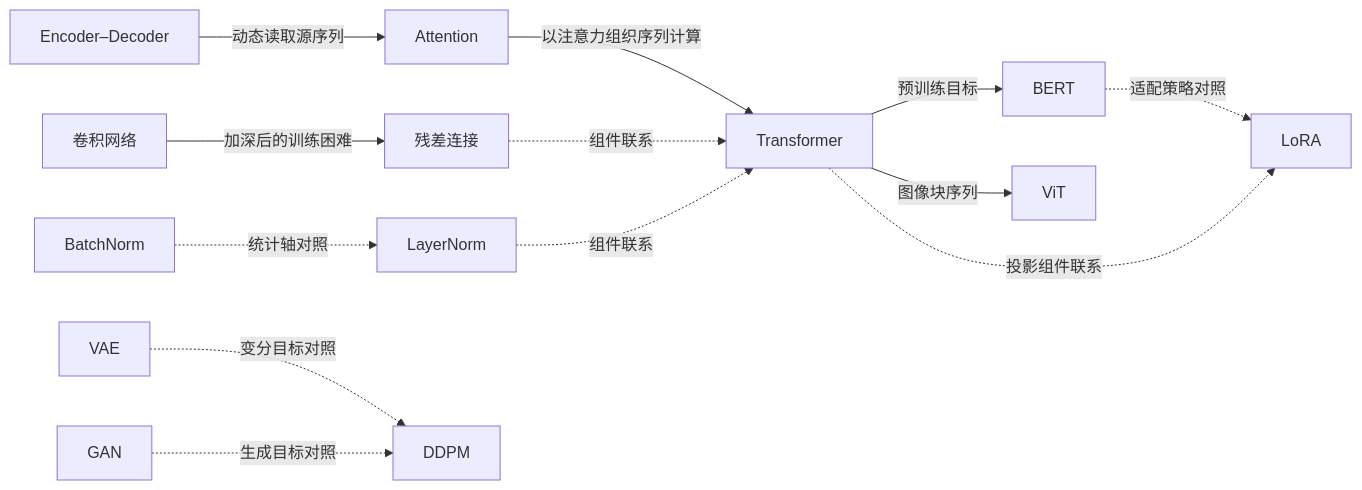
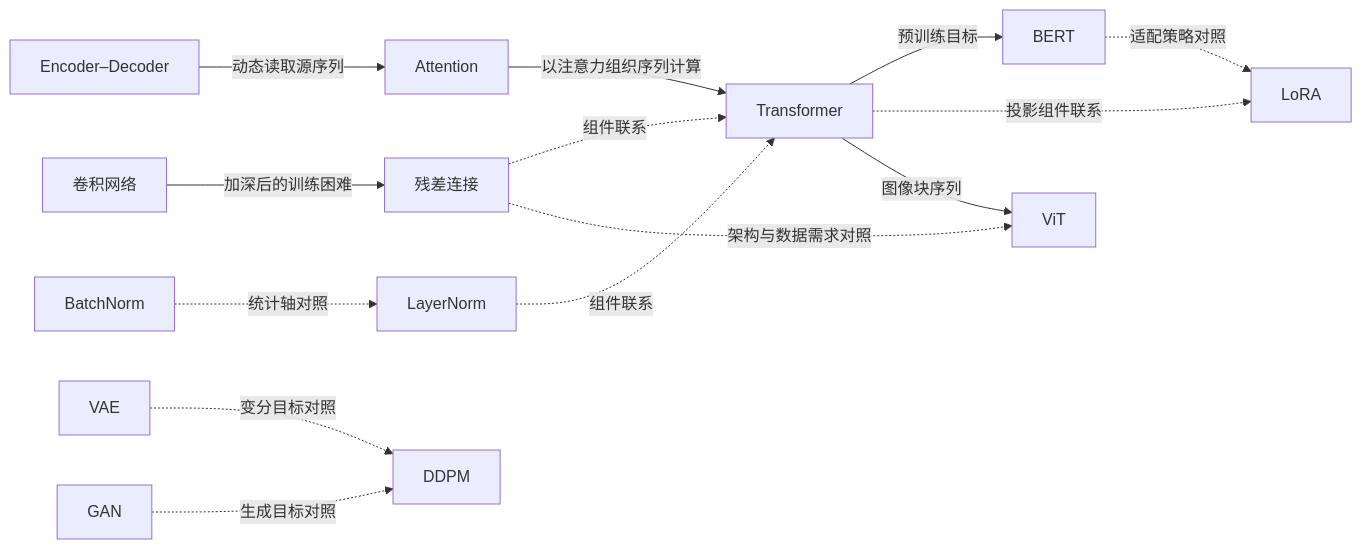
One commit to RayXBuilds/Deep-Learning-Papers-Reading-Roadmap changed the diagram in docs/connections.md. Above: the diagram before and after it, drawn with Mermaid. The commit also changed other lines of this file and 18 other files, not shown here.

````diff
--- a/docs/connections.md
+++ b/docs/connections.md
@@ -29,15 +30,16 @@
 ```mermaid
 flowchart LR
   CNN[卷积网络] -->|加深后的训练困难| ResNet[残差连接]
   BN[BatchNorm] -.统计轴对照.-> LN[LayerNorm]
   Seq[Encoder–Decoder] -->|动态读取源序列| Attn[Attention]
   Attn -->|以注意力组织序列计算| TF[Transformer]
   ResNet -.组件联系.-> TF
   LN -.组件联系.-> TF
   TF -->|预训练目标| BERT[BERT]
   BERT -.适配策略对照.-> LoRA[LoRA]
   TF -.投影组件联系.-> LoRA
   TF -->|图像块序列| ViT[ViT]
+  ResNet -.架构与数据需求对照.-> ViT
   VAE[VAE] -.变分目标对照.-> DDPM[DDPM]
   GAN[GAN] -.生成目标对照.-> DDPM
 ```
````
